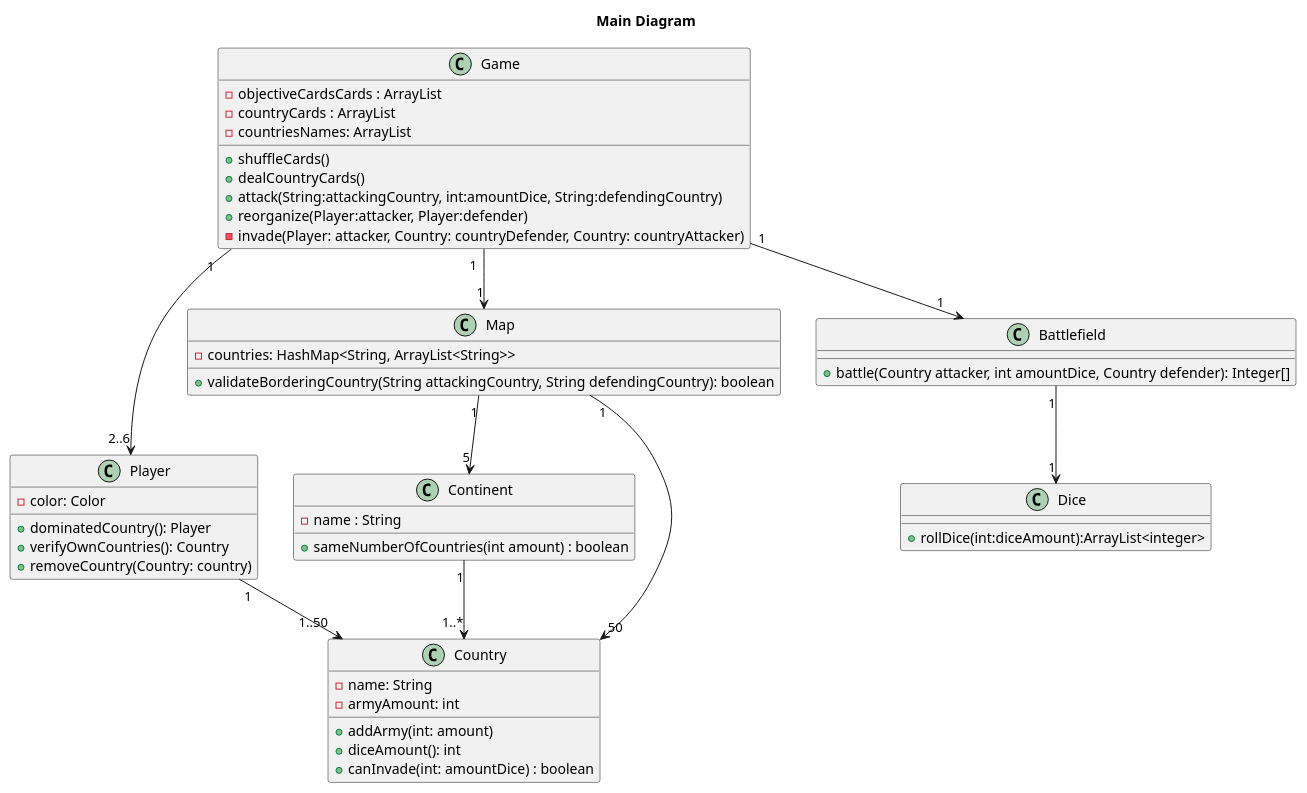
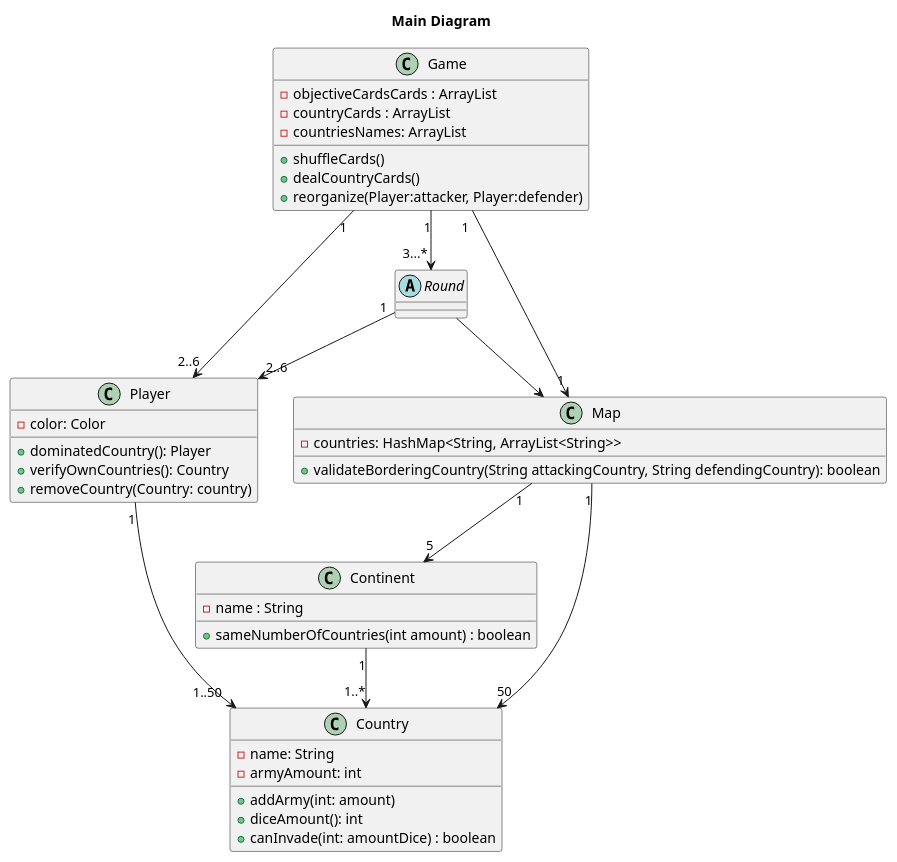
Before and after one commit to NahuelNGomez/TEG: the diagram in src/main/java/edu/fiuba/algo3/documentation/MainDiagram.puml, drawn with PlantUML. The commit also changed 2 other files, not shown here.

Commit message:
Diagrams update

```diff
--- a/src/main/java/edu/fiuba/algo3/documentation/MainDiagram.puml
+++ b/src/main/java/edu/fiuba/algo3/documentation/MainDiagram.puml
@@ -1,66 +1,59 @@
 @startuml
 title "Main Diagram"
 class Game{
 - objectiveCardsCards : ArrayList
 - countryCards : ArrayList
 - countriesNames: ArrayList
 + shuffleCards()
 + dealCountryCards()
-+ attack(String:attackingCountry, int:amountDice, String:defendingCountry)
 + reorganize(Player:attacker, Player:defender)
-- invade(Player: attacker, Country: countryDefender, Country: countryAttacker)
-
 }
 class Player{
 -color: Color
 + dominatedCountry(): Player
 + verifyOwnCountries(): Country
 + removeCountry(Country: country)
 
 }
 
 
 class Map{
 - countries: HashMap<String, ArrayList<String>>
 + validateBorderingCountry(String attackingCountry, String defendingCountry): boolean
 }
 
 class Continent {
 - name : String
 + sameNumberOfCountries(int amount) : boolean
 }
 
 class Country{
 - name: String
 - armyAmount: int
 + addArmy(int: amount)
 + diceAmount(): int
 + canInvade(int: amountDice) : boolean
 }
-
-
-class Battlefield{
-+ battle(Country attacker, int amountDice, Country defender): Integer[]
-
-}
-
-class Dice{
-+rollDice(int:diceAmount):ArrayList<integer>
+abstract Round{
 
 }
 
 
 
 Game "1"--> "2..6" Player
-Battlefield "1"--> "1" Dice
 Game "1  "--> "1" Map
+Game "1" --> "3...*" Round
 
+Round --> Map
+Round "1" --> "2..6" Player
 
 Map "1"--> "50" Country
 Map "1"--> "5" Continent
 
 Continent "1"-->"1..*" Country
 
 Player "1" --> "1..50" Country
-Game "1" -->"1" Battlefield
+
+
+
 @enduml
```
